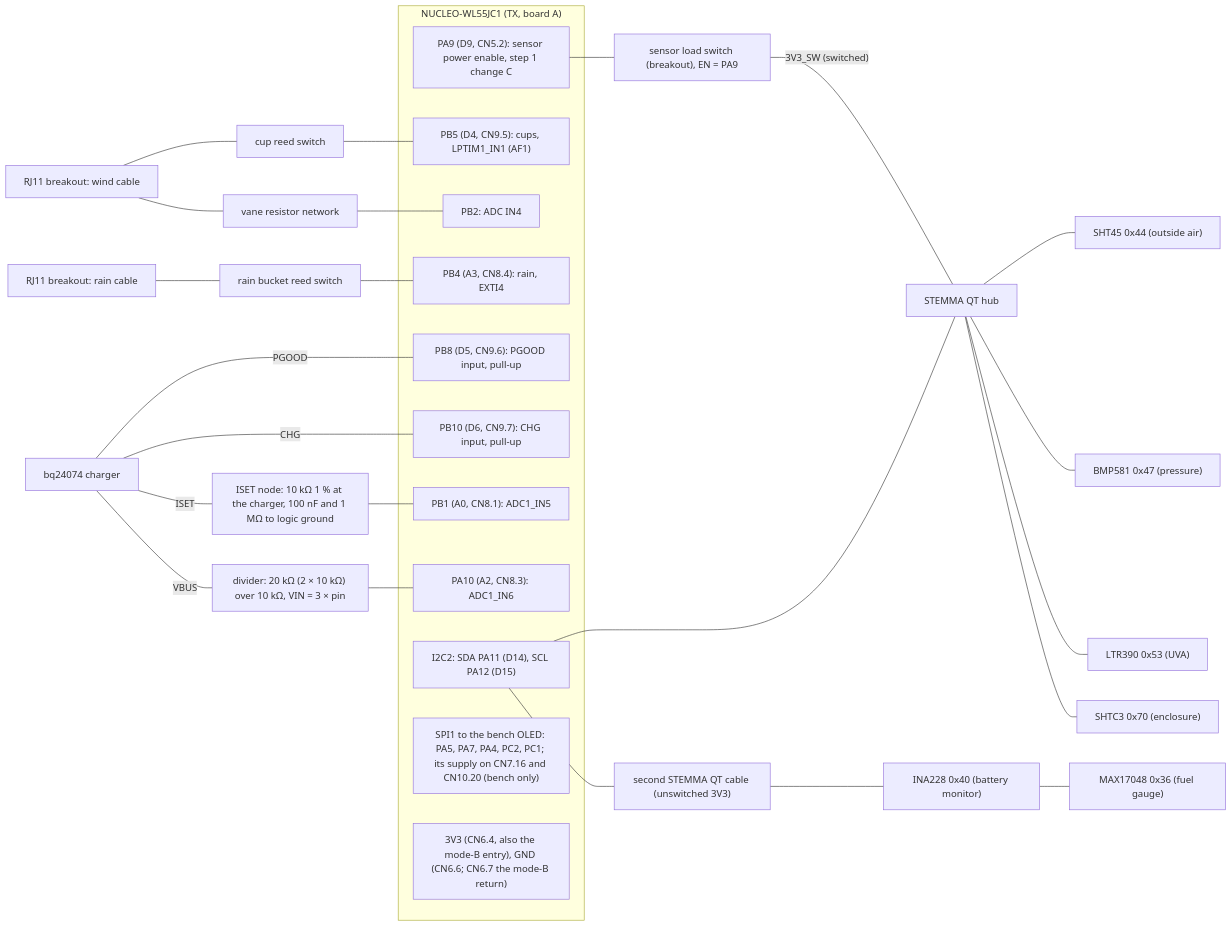
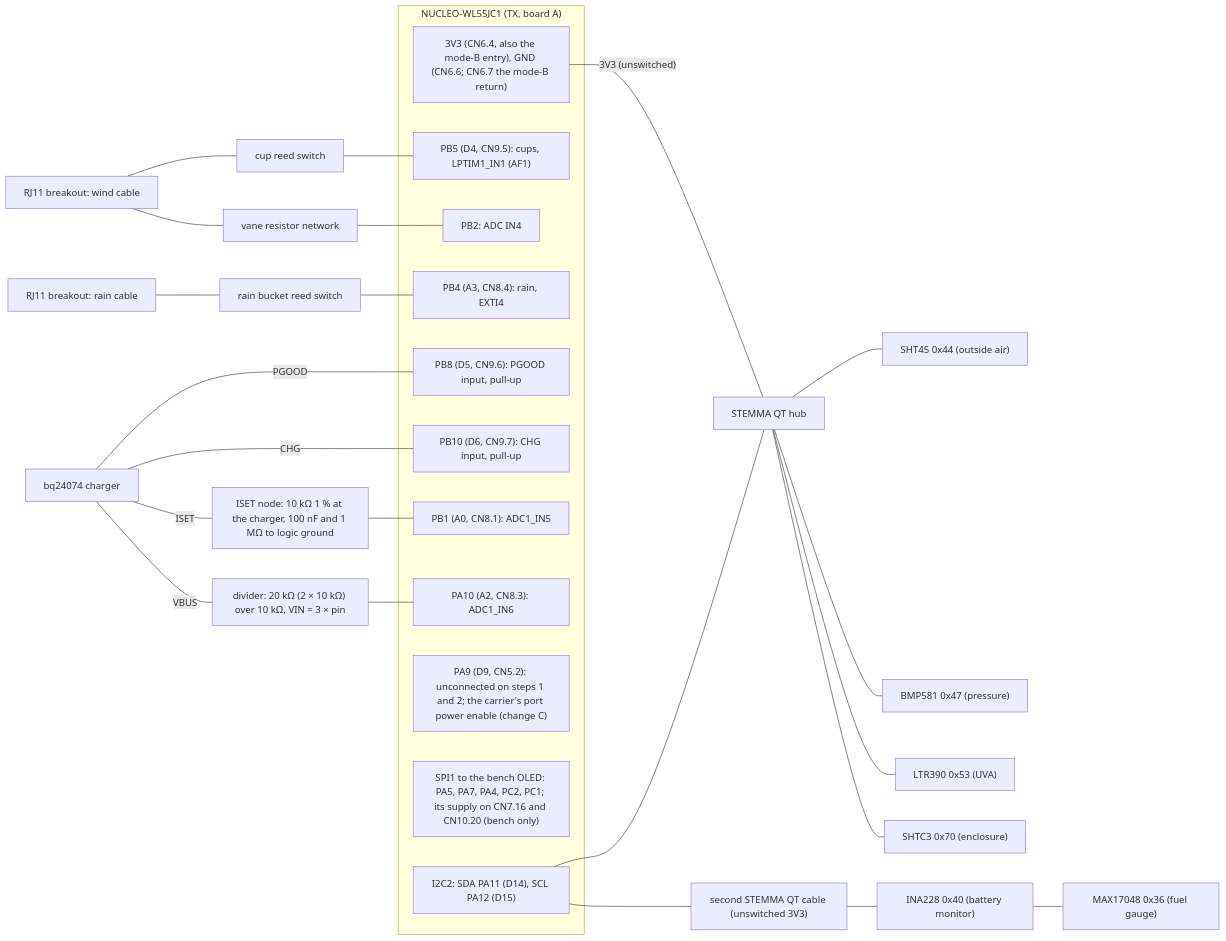
The diagram in docs/hardware/bench-station-wiring.md (clintecker/weather-station-2026), drawn with Mermaid before and after one commit. The commit also changed other lines of this file and 87 other files, not shown here.

First line of the commit message:
Focus on step 1: change C leaves the breadboard; later steps parked

````diff
--- a/docs/hardware/bench-station-wiring.md
+++ b/docs/hardware/bench-station-wiring.md
@@ -35,38 +35,37 @@
 ```mermaid
 flowchart LR
   subgraph N["NUCLEO-WL55JC1 (TX, board A)"]
     I2C["I2C2: SDA PA11 (D14), SCL PA12 (D15)"]
     PB5["PB5 (D4, CN9.5): cups, LPTIM1_IN1 (AF1)"]
     PB2["PB2: ADC IN4"]
     PB4["PB4 (A3, CN8.4): rain, EXTI4"]
     PB8["PB8 (D5, CN9.6): PGOOD input, pull-up"]
     PB10["PB10 (D6, CN9.7): CHG input, pull-up"]
     PB1["PB1 (A0, CN8.1): ADC1_IN5"]
     PA10["PA10 (A2, CN8.3): ADC1_IN6"]
-    PA9["PA9 (D9, CN5.2): sensor power enable, step 1 change C"]
+    PA9["PA9 (D9, CN5.2): unconnected on steps 1 and 2; the carrier's port power enable (change C)"]
     SPI["SPI1 to the bench OLED: PA5, PA7, PA4, PC2, PC1; its supply on CN7.16 and CN10.20 (bench only)"]
     V33["3V3 (CN6.4, also the mode-B entry), GND (CN6.6; CN6.7 the mode-B return)"]
   end
-  LSW["sensor load switch (breakout), EN = PA9"] -- "3V3_SW (switched)" --- HUB["STEMMA QT hub"]
-  PA9 --- LSW
+  V33 -- "3V3 (unswitched)" --- HUB["STEMMA QT hub"]
   HUB --- SHT45["SHT45 0x44 (outside air)"]
   HUB --- BMP["BMP581 0x47 (pressure)"]
   HUB --- LTR["LTR390 0x53 (UVA)"]
   HUB --- SHTC3["SHTC3 0x70 (enclosure)"]
   QTM["second STEMMA QT cable (unswitched 3V3)"] --- INA["INA228 0x40 (battery monitor)"]
   INA --- MAX["MAX17048 0x36 (fuel gauge)"]
   I2C --- HUB
   I2C --- QTM
   RJW["RJ11 breakout: wind cable"] --- CUPS["cup reed switch"]
   RJW --- VANE["vane resistor network"]
   RJR["RJ11 breakout: rain cable"] --- RAIN["rain bucket reed switch"]
   CUPS --- PB5
   VANE --- PB2
   RAIN --- PB4
   BQ["bq24074 charger"] -- "PGOOD" --- PB8
   BQ -- "CHG" --- PB10
   BQ -- "ISET" --- ISETN["ISET node: 10 kΩ 1 % at the charger, 100 nF and 1 MΩ to logic ground"]
   ISETN --- PB1
   BQ -- "VBUS" --- DIV["divider: 20 kΩ (2 × 10 kΩ) over 10 kΩ, VIN = 3 × pin"]
   DIV --- PA10
 ```
````
